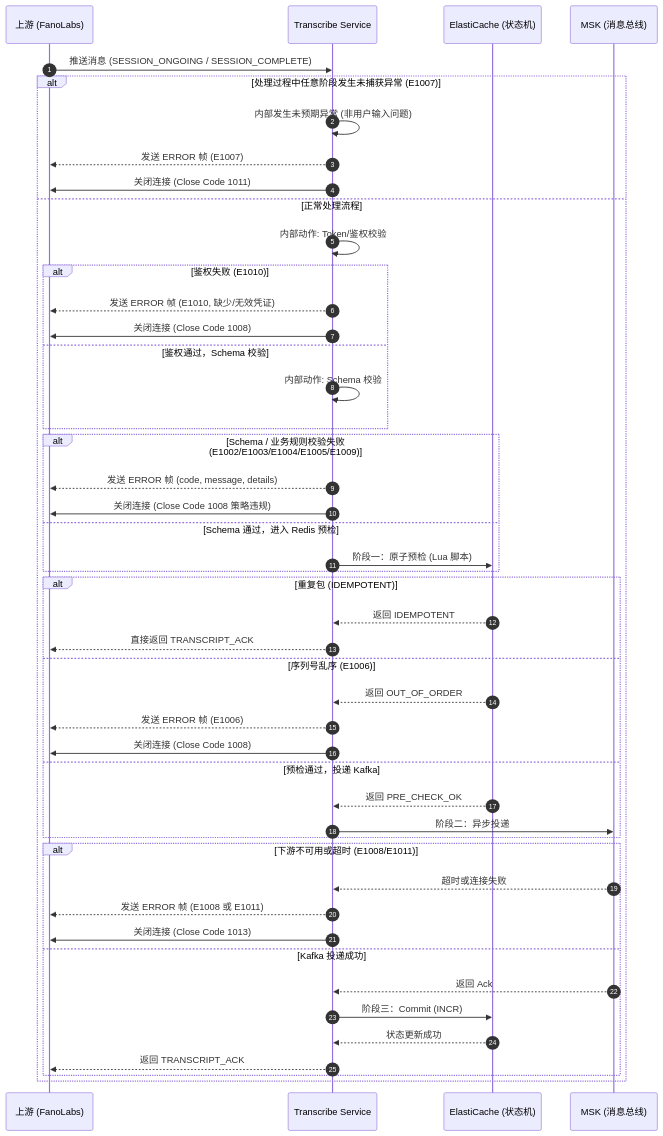
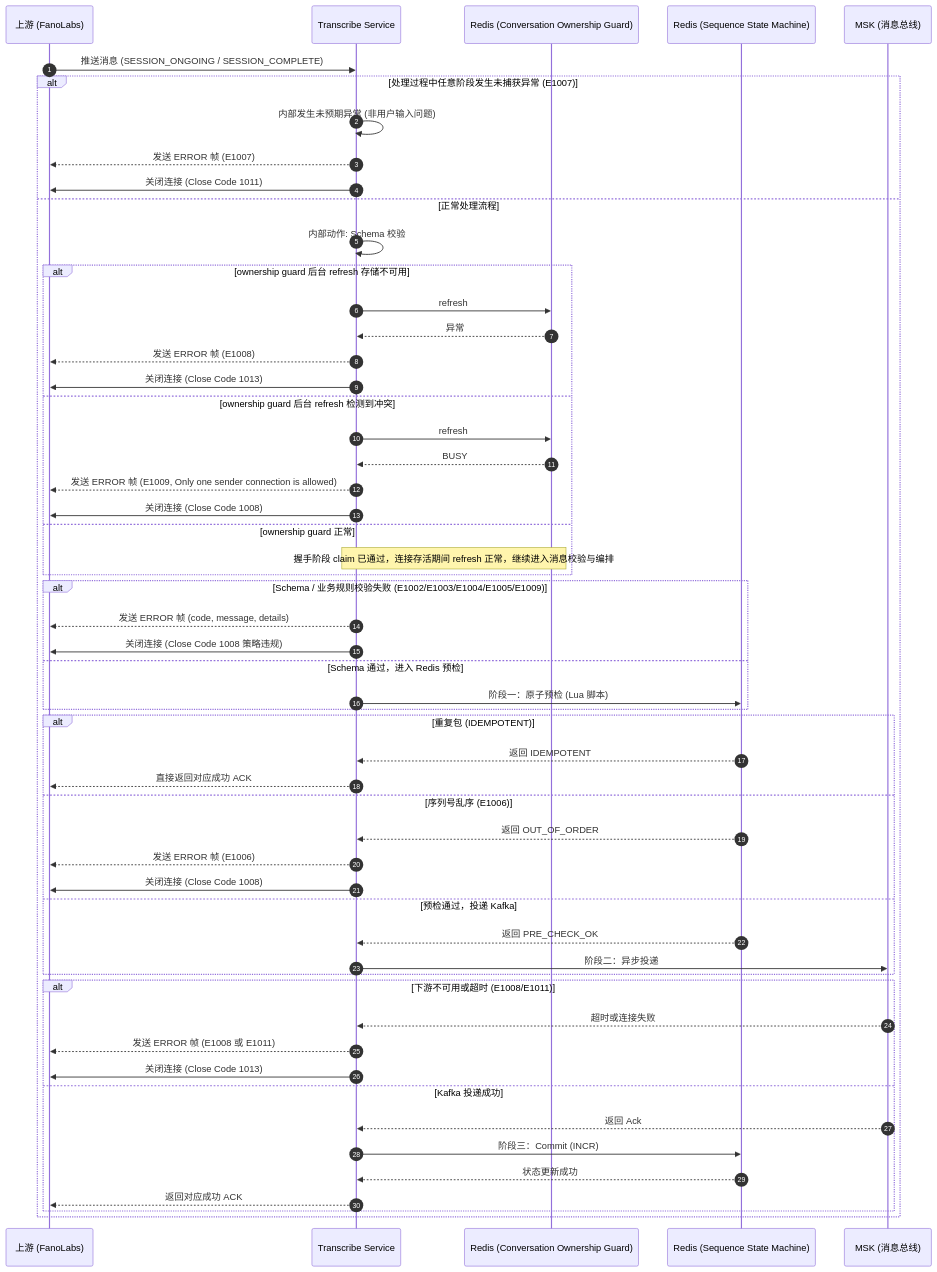
The fifth of 6 diagrams in design/application-design_zh.md (xiaodouya001/transcribe_service), drawn with Mermaid before and after one commit. The commit also changed other lines of this file and 47 other files, not shown here.

````diff
--- a/design/application-design_zh.md
+++ b/design/application-design_zh.md
@@ -197,54 +223,63 @@
 ```mermaid
 sequenceDiagram
     autonumber
     participant Vendor as 上游 (FanoLabs)
     participant Trans as Transcribe Service
-    participant Redis as ElastiCache (状态机)
+    participant RedisOwnership as Redis (Conversation Ownership Guard)
+    participant RedisState as Redis (Sequence State Machine)
     participant Kafka as MSK (消息总线)
 
     Vendor->>Trans: 推送消息 (SESSION_ONGOING / SESSION_COMPLETE)
 
-    alt 处理过程中任意阶段发生未捕获异常 (E1007)
-        Trans->>Trans: 内部发生未预期异常 (非用户输入问题)
-        Trans-->>Vendor: 发送 ERROR 帧 (E1007)
-        Trans->>Vendor: 关闭连接 (Close Code 1011)
-    else 正常处理流程
-        Trans->>Trans: 内部动作: Token/鉴权校验
-        alt 鉴权失败 (E1010)
-            Trans-->>Vendor: 发送 ERROR 帧 (E1010, 缺少/无效凭证)
-            Trans->>Vendor: 关闭连接 (Close Code 1008)
-        else 鉴权通过，Schema 校验
+        alt 处理过程中任意阶段发生未捕获异常 (E1007)
+            Trans->>Trans: 内部发生未预期异常 (非用户输入问题)
+            Trans-->>Vendor: 发送 ERROR 帧 (E1007)
+            Trans->>Vendor: 关闭连接 (Close Code 1011)
+        else 正常处理流程
             Trans->>Trans: 内部动作: Schema 校验
+
+            alt ownership guard 后台 refresh 存储不可用
+                Trans->>RedisOwnership: refresh
+                RedisOwnership-->>Trans: 异常
+                Trans-->>Vendor: 发送 ERROR 帧 (E1008)
+                Trans->>Vendor: 关闭连接 (Close Code 1013)
+            else ownership guard 后台 refresh 检测到冲突
+                Trans->>RedisOwnership: refresh
+                RedisOwnership-->>Trans: BUSY
+                Trans-->>Vendor: 发送 ERROR 帧 (E1009, Only one sender connection is allowed)
+                Trans->>Vendor: 关闭连接 (Close Code 1008)
+            else ownership guard 正常
+                Note over Trans,RedisOwnership: 握手阶段 claim 已通过，连接存活期间 refresh 正常，继续进入消息校验与编排
+            end
+
+            alt Schema / 业务规则校验失败 (E1002/E1003/E1004/E1005/E1009)
+                Trans-->>Vendor: 发送 ERROR 帧 (code, message, details)
+                Trans->>Vendor: 关闭连接 (Close Code 1008 策略违规)
+            else Schema 通过，进入 Redis 预检
+                Trans->>RedisState: 阶段一：原子预检 (Lua 脚本)
+            end
+
+            alt 重复包 (IDEMPOTENT)
+                RedisState-->>Trans: 返回 IDEMPOTENT
+                Trans-->>Vendor: 直接返回对应成功 ACK
+            else 序列号乱序 (E1006)
+                RedisState-->>Trans: 返回 OUT_OF_ORDER
+                Trans-->>Vendor: 发送 ERROR 帧 (E1006)
+                Trans->>Vendor: 关闭连接 (Close Code 1008)
+            else 预检通过，投递 Kafka
+                RedisState-->>Trans: 返回 PRE_CHECK_OK
+                Trans->>Kafka: 阶段二：异步投递
+            end
+
+            alt 下游不可用或超时 (E1008/E1011)
+                Kafka-->>Trans: 超时或连接失败
+                Trans-->>Vendor: 发送 ERROR 帧 (E1008 或 E1011)
+                Trans->>Vendor: 关闭连接 (Close Code 1013)
+            else Kafka 投递成功
+                Kafka-->>Trans: 返回 Ack
+                Trans->>RedisState: 阶段三：Commit (INCR)
+                RedisState-->>Trans: 状态更新成功
+                Trans-->>Vendor: 返回对应成功 ACK
+            end
         end
-
-        alt Schema / 业务规则校验失败 (E1002/E1003/E1004/E1005/E1009)
-            Trans-->>Vendor: 发送 ERROR 帧 (code, message, details)
-            Trans->>Vendor: 关闭连接 (Close Code 1008 策略违规)
-        else Schema 通过，进入 Redis 预检
-            Trans->>Redis: 阶段一：原子预检 (Lua 脚本)
-        end
-
-        alt 重复包 (IDEMPOTENT)
-            Redis-->>Trans: 返回 IDEMPOTENT
-            Trans-->>Vendor: 直接返回 TRANSCRIPT_ACK
-        else 序列号乱序 (E1006)
-            Redis-->>Trans: 返回 OUT_OF_ORDER
-            Trans-->>Vendor: 发送 ERROR 帧 (E1006)
-            Trans->>Vendor: 关闭连接 (Close Code 1008)
-        else 预检通过，投递 Kafka
-            Redis-->>Trans: 返回 PRE_CHECK_OK
-            Trans->>Kafka: 阶段二：异步投递
-        end
-
-        alt 下游不可用或超时 (E1008/E1011)
-            Kafka-->>Trans: 超时或连接失败
-            Trans-->>Vendor: 发送 ERROR 帧 (E1008 或 E1011)
-            Trans->>Vendor: 关闭连接 (Close Code 1013)
-        else Kafka 投递成功
-            Kafka-->>Trans: 返回 Ack
-            Trans->>Redis: 阶段三：Commit (INCR)
-            Redis-->>Trans: 状态更新成功
-            Trans-->>Vendor: 返回 TRANSCRIPT_ACK
-        end
-    end
 ```
````
